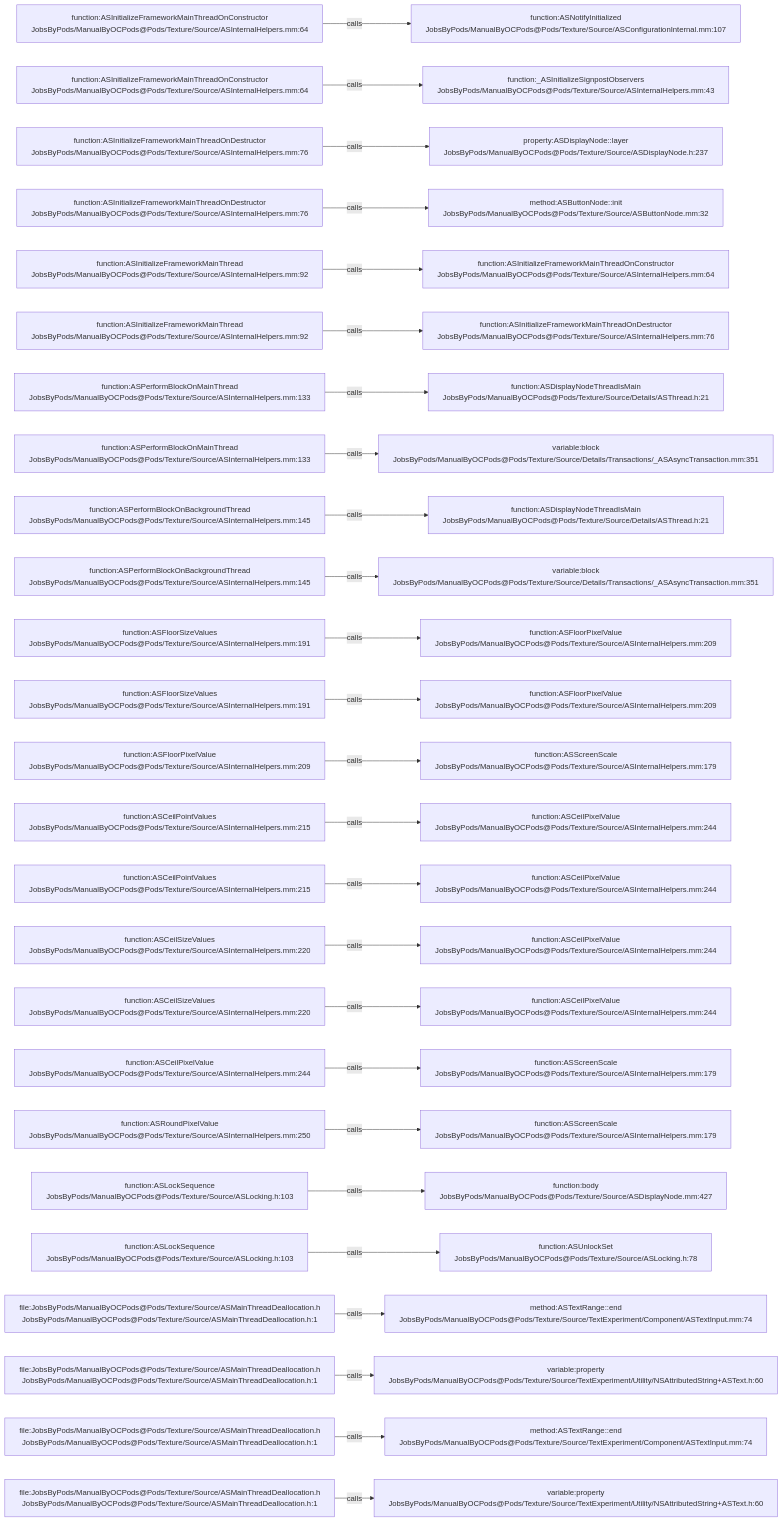
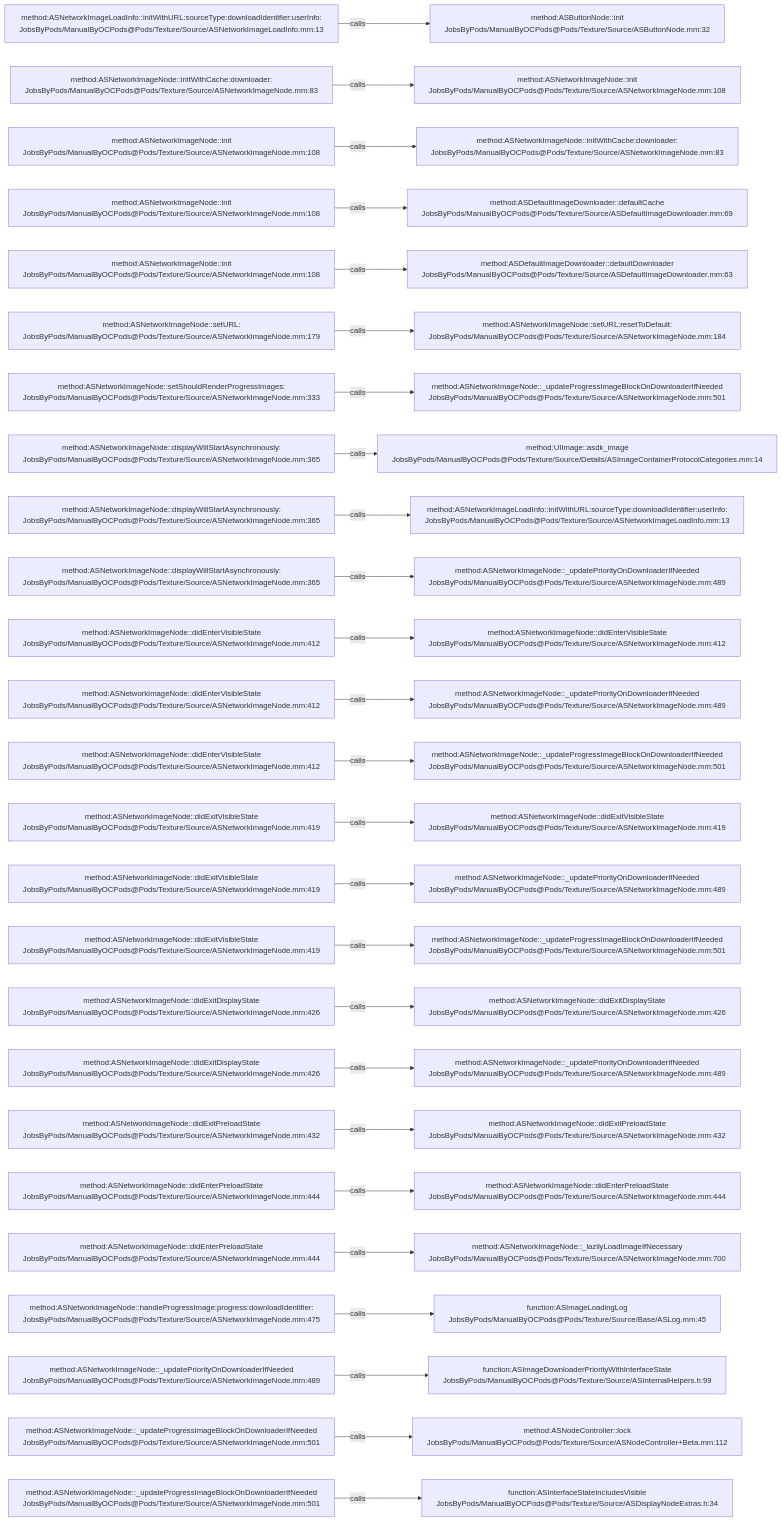
One commit to JobsKits/JobsOCBaseConfigDemo changed the diagram in .codegraph/codegraph.md/graphs/calls-119.md. Above: the diagram before and after it, drawn with Mermaid. The commit also changed 1223 other files, not shown here.

````diff
--- a/.codegraph/codegraph.md/graphs/calls-119.md
+++ b/.codegraph/codegraph.md/graphs/calls-119.md
@@ -13,78 +13,78 @@
 ```mermaid
 flowchart LR
-  S1["function:ASInitializeFrameworkMainThreadOnConstructor<br/>JobsByPods/ManualByOCPods@Pods/Texture/Source/ASInternalHelpers.mm:64"]
-  T1["function:ASNotifyInitialized<br/>JobsByPods/ManualByOCPods@Pods/Texture/Source/ASConfigurationInternal.mm:107"]
+  S1["method:ASNetworkImageLoadInfo::initWithURL:sourceType:downloadIdentifier:userInfo:<br/>JobsByPods/ManualByOCPods@Pods/Texture/Source/ASNetworkImageLoadInfo.mm:13"]
+  T1["method:ASButtonNode::init<br/>JobsByPods/ManualByOCPods@Pods/Texture/Source/ASButtonNode.mm:32"]
   S1 -->|calls| T1
-  S2["function:ASInitializeFrameworkMainThreadOnConstructor<br/>JobsByPods/ManualByOCPods@Pods/Texture/Source/ASInternalHelpers.mm:64"]
-  T2["function:_ASInitializeSignpostObservers<br/>JobsByPods/ManualByOCPods@Pods/Texture/Source/ASInternalHelpers.mm:43"]
+  S2["method:ASNetworkImageNode::initWithCache:downloader:<br/>JobsByPods/ManualByOCPods@Pods/Texture/Source/ASNetworkImageNode.mm:83"]
+  T2["method:ASNetworkImageNode::init<br/>JobsByPods/ManualByOCPods@Pods/Texture/Source/ASNetworkImageNode.mm:108"]
   S2 -->|calls| T2
-  S3["function:ASInitializeFrameworkMainThreadOnDestructor<br/>JobsByPods/ManualByOCPods@Pods/Texture/Source/ASInternalHelpers.mm:76"]
-  T3["property:ASDisplayNode::layer<br/>JobsByPods/ManualByOCPods@Pods/Texture/Source/ASDisplayNode.h:237"]
+  S3["method:ASNetworkImageNode::init<br/>JobsByPods/ManualByOCPods@Pods/Texture/Source/ASNetworkImageNode.mm:108"]
+  T3["method:ASNetworkImageNode::initWithCache:downloader:<br/>JobsByPods/ManualByOCPods@Pods/Texture/Source/ASNetworkImageNode.mm:83"]
   S3 -->|calls| T3
-  S4["function:ASInitializeFrameworkMainThreadOnDestructor<br/>JobsByPods/ManualByOCPods@Pods/Texture/Source/ASInternalHelpers.mm:76"]
-  T4["method:ASButtonNode::init<br/>JobsByPods/ManualByOCPods@Pods/Texture/Source/ASButtonNode.mm:32"]
+  S4["method:ASNetworkImageNode::init<br/>JobsByPods/ManualByOCPods@Pods/Texture/Source/ASNetworkImageNode.mm:108"]
+  T4["method:ASDefaultImageDownloader::defaultCache<br/>JobsByPods/ManualByOCPods@Pods/Texture/Source/ASDefaultImageDownloader.mm:69"]
   S4 -->|calls| T4
-  S5["function:ASInitializeFrameworkMainThread<br/>JobsByPods/ManualByOCPods@Pods/Texture/Source/ASInternalHelpers.mm:92"]
-  T5["function:ASInitializeFrameworkMainThreadOnConstructor<br/>JobsByPods/ManualByOCPods@Pods/Texture/Source/ASInternalHelpers.mm:64"]
+  S5["method:ASNetworkImageNode::init<br/>JobsByPods/ManualByOCPods@Pods/Texture/Source/ASNetworkImageNode.mm:108"]
+  T5["method:ASDefaultImageDownloader::defaultDownloader<br/>JobsByPods/ManualByOCPods@Pods/Texture/Source/ASDefaultImageDownloader.mm:63"]
   S5 -->|calls| T5
-  S6["function:ASInitializeFrameworkMainThread<br/>JobsByPods/ManualByOCPods@Pods/Texture/Source/ASInternalHelpers.mm:92"]
-  T6["function:ASInitializeFrameworkMainThreadOnDestructor<br/>JobsByPods/ManualByOCPods@Pods/Texture/Source/ASInternalHelpers.mm:76"]
+  S6["method:ASNetworkImageNode::setURL:<br/>JobsByPods/ManualByOCPods@Pods/Texture/Source/ASNetworkImageNode.mm:179"]
+  T6["method:ASNetworkImageNode::setURL:resetToDefault:<br/>JobsByPods/ManualByOCPods@Pods/Texture/Source/ASNetworkImageNode.mm:184"]
   S6 -->|calls| T6
-  S7["function:ASPerformBlockOnMainThread<br/>JobsByPods/ManualByOCPods@Pods/Texture/Source/ASInternalHelpers.mm:133"]
-  T7["function:ASDisplayNodeThreadIsMain<br/>JobsByPods/ManualByOCPods@Pods/Texture/Source/Details/ASThread.h:21"]
+  S7["method:ASNetworkImageNode::setShouldRenderProgressImages:<br/>JobsByPods/ManualByOCPods@Pods/Texture/Source/ASNetworkImageNode.mm:333"]
+  T7["method:ASNetworkImageNode::_updateProgressImageBlockOnDownloaderIfNeeded<br/>JobsByPods/ManualByOCPods@Pods/Texture/Source/ASNetworkImageNode.mm:501"]
   S7 -->|calls| T7
-  S8["function:ASPerformBlockOnMainThread<br/>JobsByPods/ManualByOCPods@Pods/Texture/Source/ASInternalHelpers.mm:133"]
-  T8["variable:block<br/>JobsByPods/ManualByOCPods@Pods/Texture/Source/Details/Transactions/_ASAsyncTransaction.mm:351"]
+  S8["method:ASNetworkImageNode::displayWillStartAsynchronously:<br/>JobsByPods/ManualByOCPods@Pods/Texture/Source/ASNetworkImageNode.mm:365"]
+  T8["method:UIImage::asdk_image<br/>JobsByPods/ManualByOCPods@Pods/Texture/Source/Details/ASImageContainerProtocolCategories.mm:14"]
   S8 -->|calls| T8
-  S9["function:ASPerformBlockOnBackgroundThread<br/>JobsByPods/ManualByOCPods@Pods/Texture/Source/ASInternalHelpers.mm:145"]
-  T9["function:ASDisplayNodeThreadIsMain<br/>JobsByPods/ManualByOCPods@Pods/Texture/Source/Details/ASThread.h:21"]
+  S9["method:ASNetworkImageNode::displayWillStartAsynchronously:<br/>JobsByPods/ManualByOCPods@Pods/Texture/Source/ASNetworkImageNode.mm:365"]
+  T9["method:ASNetworkImageLoadInfo::initWithURL:sourceType:downloadIdentifier:userInfo:<br/>JobsByPods/ManualByOCPods@Pods/Texture/Source/ASNetworkImageLoadInfo.mm:13"]
   S9 -->|calls| T9
-  S10["function:ASPerformBlockOnBackgroundThread<br/>JobsByPods/ManualByOCPods@Pods/Texture/Source/ASInternalHelpers.mm:145"]
-  T10["variable:block<br/>JobsByPods/ManualByOCPods@Pods/Texture/Source/Details/Transactions/_ASAsyncTransaction.mm:351"]
+  S10["method:ASNetworkImageNode::displayWillStartAsynchronously:<br/>JobsByPods/ManualByOCPods@Pods/Texture/Source/ASNetworkImageNode.mm:365"]
+  T10["method:ASNetworkImageNode::_updatePriorityOnDownloaderIfNeeded<br/>JobsByPods/ManualByOCPods@Pods/Texture/Source/ASNetworkImageNode.mm:489"]
   S10 -->|calls| T10
-  S11["function:ASFloorSizeValues<br/>JobsByPods/ManualByOCPods@Pods/Texture/Source/ASInternalHelpers.mm:191"]
-  T11["function:ASFloorPixelValue<br/>JobsByPods/ManualByOCPods@Pods/Texture/Source/ASInternalHelpers.mm:209"]
+  S11["method:ASNetworkImageNode::didEnterVisibleState<br/>JobsByPods/ManualByOCPods@Pods/Texture/Source/ASNetworkImageNode.mm:412"]
+  T11["method:ASNetworkImageNode::didEnterVisibleState<br/>JobsByPods/ManualByOCPods@Pods/Texture/Source/ASNetworkImageNode.mm:412"]
   S11 -->|calls| T11
-  S12["function:ASFloorSizeValues<br/>JobsByPods/ManualByOCPods@Pods/Texture/Source/ASInternalHelpers.mm:191"]
-  T12["function:ASFloorPixelValue<br/>JobsByPods/ManualByOCPods@Pods/Texture/Source/ASInternalHelpers.mm:209"]
+  S12["method:ASNetworkImageNode::didEnterVisibleState<br/>JobsByPods/ManualByOCPods@Pods/Texture/Source/ASNetworkImageNode.mm:412"]
+  T12["method:ASNetworkImageNode::_updatePriorityOnDownloaderIfNeeded<br/>JobsByPods/ManualByOCPods@Pods/Texture/Source/ASNetworkImageNode.mm:489"]
   S12 -->|calls| T12
-  S13["function:ASFloorPixelValue<br/>JobsByPods/ManualByOCPods@Pods/Texture/Source/ASInternalHelpers.mm:209"]
-  T13["function:ASScreenScale<br/>JobsByPods/ManualByOCPods@Pods/Texture/Source/ASInternalHelpers.mm:179"]
+  S13["method:ASNetworkImageNode::didEnterVisibleState<br/>JobsByPods/ManualByOCPods@Pods/Texture/Source/ASNetworkImageNode.mm:412"]
+  T13["method:ASNetworkImageNode::_updateProgressImageBlockOnDownloaderIfNeeded<br/>JobsByPods/ManualByOCPods@Pods/Texture/Source/ASNetworkImageNode.mm:501"]
   S13 -->|calls| T13
-  S14["function:ASCeilPointValues<br/>JobsByPods/ManualByOCPods@Pods/Texture/Source/ASInternalHelpers.mm:215"]
-  T14["function:ASCeilPixelValue<br/>JobsByPods/ManualByOCPods@Pods/Texture/Source/ASInternalHelpers.mm:244"]
+  S14["method:ASNetworkImageNode::didExitVisibleState<br/>JobsByPods/ManualByOCPods@Pods/Texture/Source/ASNetworkImageNode.mm:419"]
+  T14["method:ASNetworkImageNode::didExitVisibleState<br/>JobsByPods/ManualByOCPods@Pods/Texture/Source/ASNetworkImageNode.mm:419"]
   S14 -->|calls| T14
-  S15["function:ASCeilPointValues<br/>JobsByPods/ManualByOCPods@Pods/Texture/Source/ASInternalHelpers.mm:215"]
-  T15["function:ASCeilPixelValue<br/>JobsByPods/ManualByOCPods@Pods/Texture/Source/ASInternalHelpers.mm:244"]
+  S15["method:ASNetworkImageNode::didExitVisibleState<br/>JobsByPods/ManualByOCPods@Pods/Texture/Source/ASNetworkImageNode.mm:419"]
+  T15["method:ASNetworkImageNode::_updatePriorityOnDownloaderIfNeeded<br/>JobsByPods/ManualByOCPods@Pods/Texture/Source/ASNetworkImageNode.mm:489"]
   S15 -->|calls| T15
-  S16["function:ASCeilSizeValues<br/>JobsByPods/ManualByOCPods@Pods/Texture/Source/ASInternalHelpers.mm:220"]
-  T16["function:ASCeilPixelValue<br/>JobsByPods/ManualByOCPods@Pods/Texture/Source/ASInternalHelpers.mm:244"]
+  S16["method:ASNetworkImageNode::didExitVisibleState<br/>JobsByPods/ManualByOCPods@Pods/Texture/Source/ASNetworkImageNode.mm:419"]
+  T16["method:ASNetworkImageNode::_updateProgressImageBlockOnDownloaderIfNeeded<br/>JobsByPods/ManualByOCPods@Pods/Texture/Source/ASNetworkImageNode.mm:501"]
   S16 -->|calls| T16
-  S17["function:ASCeilSizeValues<br/>JobsByPods/ManualByOCPods@Pods/Texture/Source/ASInternalHelpers.mm:220"]
-  T17["function:ASCeilPixelValue<br/>JobsByPods/ManualByOCPods@Pods/Texture/Source/ASInternalHelpers.mm:244"]
+  S17["method:ASNetworkImageNode::didExitDisplayState<br/>JobsByPods/ManualByOCPods@Pods/Texture/Source/ASNetworkImageNode.mm:426"]
+  T17["method:ASNetworkImageNode::didExitDisplayState<br/>JobsByPods/ManualByOCPods@Pods/Texture/Source/ASNetworkImageNode.mm:426"]
   S17 -->|calls| T17
-  S18["function:ASCeilPixelValue<br/>JobsByPods/ManualByOCPods@Pods/Texture/Source/ASInternalHelpers.mm:244"]
-  T18["function:ASScreenScale<br/>JobsByPods/ManualByOCPods@Pods/Texture/Source/ASInternalHelpers.mm:179"]
+  S18["method:ASNetworkImageNode::didExitDisplayState<br/>JobsByPods/ManualByOCPods@Pods/Texture/Source/ASNetworkImageNode.mm:426"]
+  T18["method:ASNetworkImageNode::_updatePriorityOnDownloaderIfNeeded<br/>JobsByPods/ManualByOCPods@Pods/Texture/Source/ASNetworkImageNode.mm:489"]
   S18 -->|calls| T18
-  S19["function:ASRoundPixelValue<br/>JobsByPods/ManualByOCPods@Pods/Texture/Source/ASInternalHelpers.mm:250"]
-  T19["function:ASScreenScale<br/>JobsByPods/ManualByOCPods@Pods/Texture/Source/ASInternalHelpers.mm:179"]
+  S19["method:ASNetworkImageNode::didExitPreloadState<br/>JobsByPods/ManualByOCPods@Pods/Texture/Source/ASNetworkImageNode.mm:432"]
+  T19["method:ASNetworkImageNode::didExitPreloadState<br/>JobsByPods/ManualByOCPods@Pods/Texture/Source/ASNetworkImageNode.mm:432"]
   S19 -->|calls| T19
-  S20["function:ASLockSequence<br/>JobsByPods/ManualByOCPods@Pods/Texture/Source/ASLocking.h:103"]
-  T20["function:body<br/>JobsByPods/ManualByOCPods@Pods/Texture/Source/ASDisplayNode.mm:427"]
+  S20["method:ASNetworkImageNode::didEnterPreloadState<br/>JobsByPods/ManualByOCPods@Pods/Texture/Source/ASNetworkImageNode.mm:444"]
+  T20["method:ASNetworkImageNode::didEnterPreloadState<br/>JobsByPods/ManualByOCPods@Pods/Texture/Source/ASNetworkImageNode.mm:444"]
   S20 -->|calls| T20
-  S21["function:ASLockSequence<br/>JobsByPods/ManualByOCPods@Pods/Texture/Source/ASLocking.h:103"]
-  T21["function:ASUnlockSet<br/>JobsByPods/ManualByOCPods@Pods/Texture/Source/ASLocking.h:78"]
+  S21["method:ASNetworkImageNode::didEnterPreloadState<br/>JobsByPods/ManualByOCPods@Pods/Texture/Source/ASNetworkImageNode.mm:444"]
+  T21["method:ASNetworkImageNode::_lazilyLoadImageIfNecessary<br/>JobsByPods/ManualByOCPods@Pods/Texture/Source/ASNetworkImageNode.mm:700"]
   S21 -->|calls| T21
-  S22["file:JobsByPods/ManualByOCPods@Pods/Texture/Source/ASMainThreadDeallocation.h<br/>JobsByPods/ManualByOCPods@Pods/Texture/Source/ASMainThreadDeallocation.h:1"]
-  T22["method:ASTextRange::end<br/>JobsByPods/ManualByOCPods@Pods/Texture/Source/TextExperiment/Component/ASTextInput.mm:74"]
+  S22["method:ASNetworkImageNode::handleProgressImage:progress:downloadIdentifier:<br/>JobsByPods/ManualByOCPods@Pods/Texture/Source/ASNetworkImageNode.mm:475"]
+  T22["function:ASImageLoadingLog<br/>JobsByPods/ManualByOCPods@Pods/Texture/Source/Base/ASLog.mm:45"]
   S22 -->|calls| T22
-  S23["file:JobsByPods/ManualByOCPods@Pods/Texture/Source/ASMainThreadDeallocation.h<br/>JobsByPods/ManualByOCPods@Pods/Texture/Source/ASMainThreadDeallocation.h:1"]
-  T23["variable:property<br/>JobsByPods/ManualByOCPods@Pods/Texture/Source/TextExperiment/Utility/NSAttributedString+ASText.h:60"]
+  S23["method:ASNetworkImageNode::_updatePriorityOnDownloaderIfNeeded<br/>JobsByPods/ManualByOCPods@Pods/Texture/Source/ASNetworkImageNode.mm:489"]
+  T23["function:ASImageDownloaderPriorityWithInterfaceState<br/>JobsByPods/ManualByOCPods@Pods/Texture/Source/ASInternalHelpers.h:99"]
   S23 -->|calls| T23
-  S24["file:JobsByPods/ManualByOCPods@Pods/Texture/Source/ASMainThreadDeallocation.h<br/>JobsByPods/ManualByOCPods@Pods/Texture/Source/ASMainThreadDeallocation.h:1"]
-  T24["method:ASTextRange::end<br/>JobsByPods/ManualByOCPods@Pods/Texture/Source/TextExperiment/Component/ASTextInput.mm:74"]
+  S24["method:ASNetworkImageNode::_updateProgressImageBlockOnDownloaderIfNeeded<br/>JobsByPods/ManualByOCPods@Pods/Texture/Source/ASNetworkImageNode.mm:501"]
+  T24["method:ASNodeController::lock<br/>JobsByPods/ManualByOCPods@Pods/Texture/Source/ASNodeController+Beta.mm:112"]
   S24 -->|calls| T24
-  S25["file:JobsByPods/ManualByOCPods@Pods/Texture/Source/ASMainThreadDeallocation.h<br/>JobsByPods/ManualByOCPods@Pods/Texture/Source/ASMainThreadDeallocation.h:1"]
-  T25["variable:property<br/>JobsByPods/ManualByOCPods@Pods/Texture/Source/TextExperiment/Utility/NSAttributedString+ASText.h:60"]
+  S25["method:ASNetworkImageNode::_updateProgressImageBlockOnDownloaderIfNeeded<br/>JobsByPods/ManualByOCPods@Pods/Texture/Source/ASNetworkImageNode.mm:501"]
+  T25["function:ASInterfaceStateIncludesVisible<br/>JobsByPods/ManualByOCPods@Pods/Texture/Source/ASDisplayNodeExtras.h:34"]
   S25 -->|calls| T25
 ```
````
